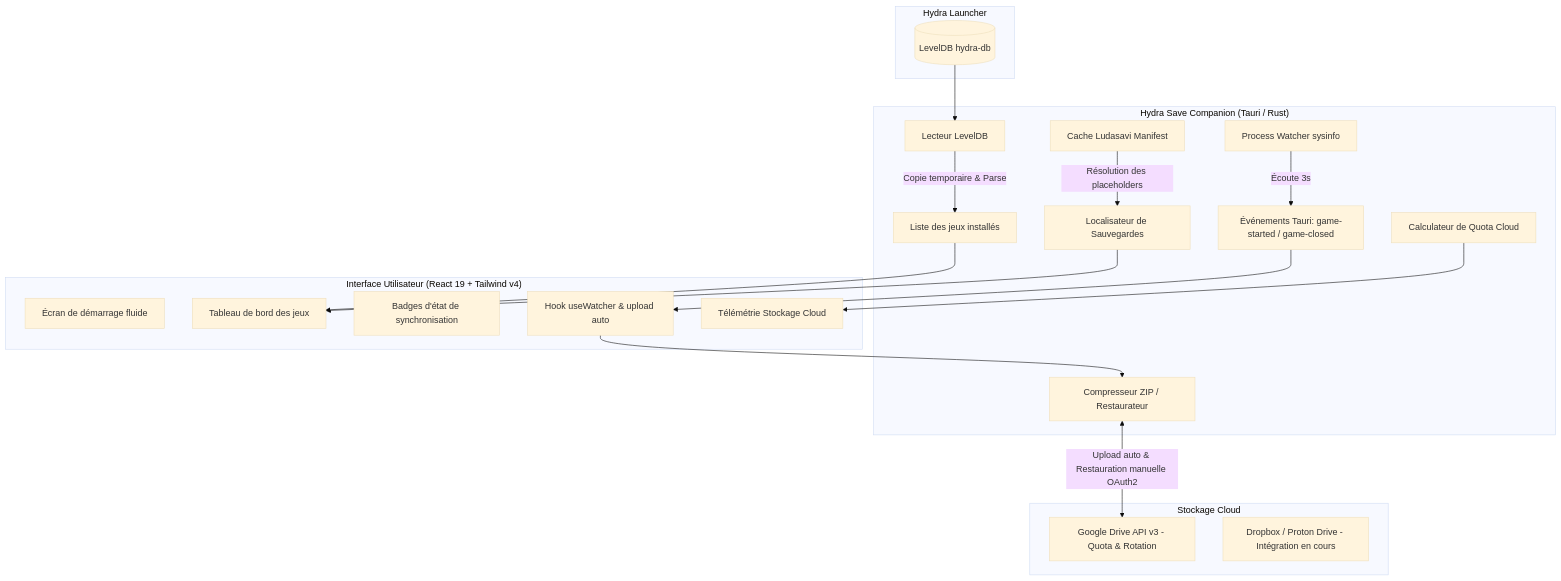
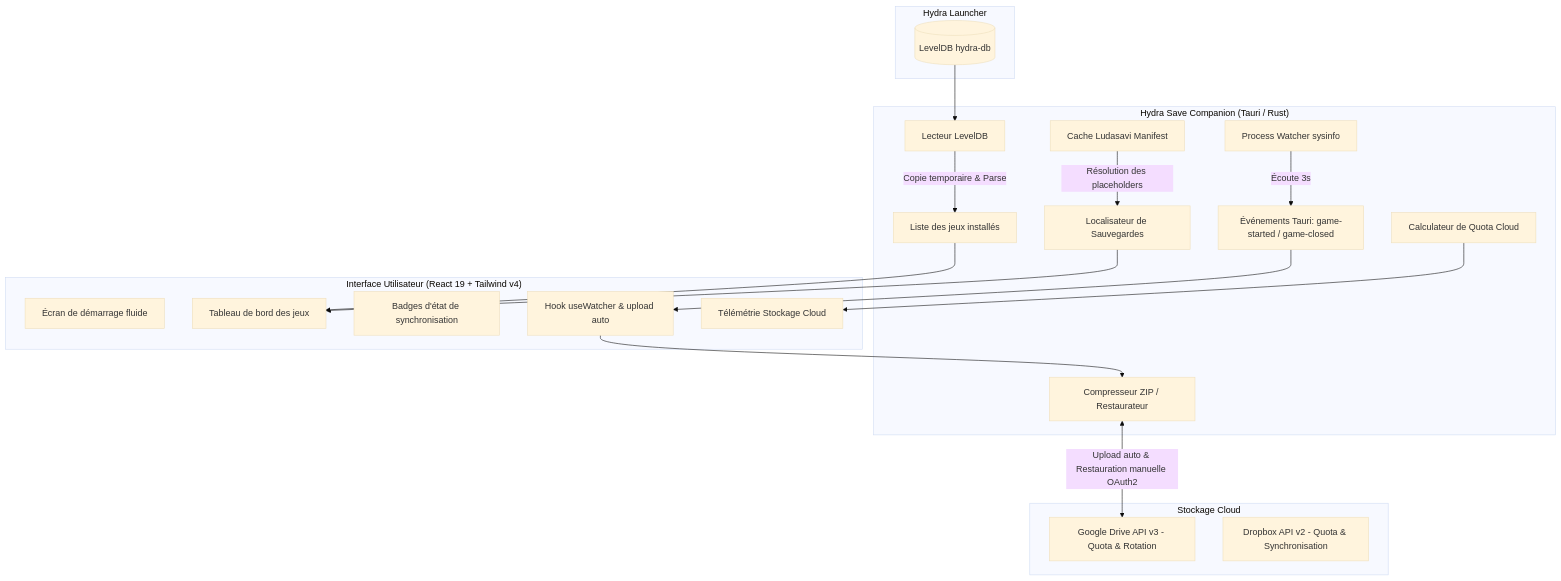
One commit to nathanlgn62/hydra-save-companion changed the diagram in README.md. Above: the diagram before and after it, drawn with Mermaid (base theme). The commit also changed other lines of this file and 2 other files, not shown here.

Commit message:
feat: update .gitignore and add GEMINI.md for project guidelines and architecture

````diff
--- a/README.md
+++ b/README.md
@@ -73,35 +73,35 @@
 ```mermaid
 flowchart TD
     subgraph Hydra ["Hydra Launcher"]
         DB[(LevelDB hydra-db)]
     end
 
     subgraph HSC_Core ["Hydra Save Companion (Tauri / Rust)"]
         Scanner[Lecteur LevelDB] -->|Copie temporaire & Parse| GamesList[Liste des jeux installés]
         Manifest[Cache Ludasavi Manifest] -->|Résolution des placeholders| SaveResolver[Localisateur de Sauvegardes]
         Watcher[Process Watcher sysinfo] -->|Écoute 3s| Events[Événements Tauri: game-started / game-closed]
         Archiver[Compresseur ZIP / Restaurateur]
         StorageChecker[Calculateur de Quota Cloud]
     end
 
     subgraph HSC_UI ["Interface Utilisateur (React 19 + Tailwind v4)"]
         SplashScreen[Écran de démarrage fluide]
         Dashboard[Tableau de bord des jeux]
         Badges[Badges d'état de synchronisation]
         WatcherHook[Hook useWatcher & upload auto]
         Footer[Télémétrie Stockage Cloud]
     end
 
     subgraph CloudStorage ["Stockage Cloud"]
         GDrive[Google Drive API v3 - Quota & Rotation]
-        Others[Dropbox / Proton Drive - Intégration en cours]
+        Dropbox[Dropbox API v2 - Quota & Synchronisation]
     end
 
     DB --> Scanner
     GamesList --> Dashboard
     SaveResolver --> Dashboard
     Events --> WatcherHook
     WatcherHook --> Archiver
     Archiver <-->|Upload auto & Restauration manuelle OAuth2| GDrive
     StorageChecker --> Footer
 ```
````
